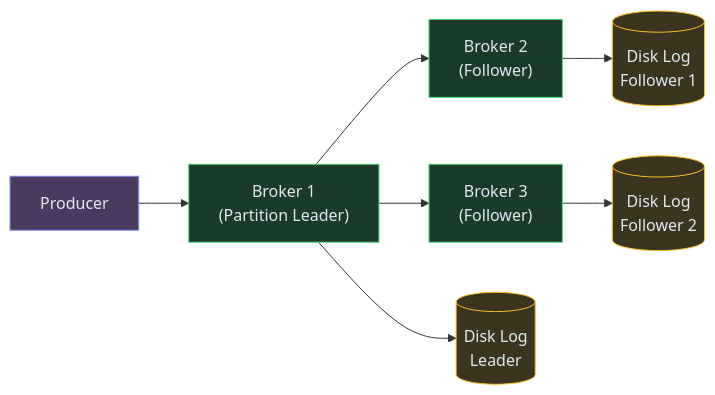
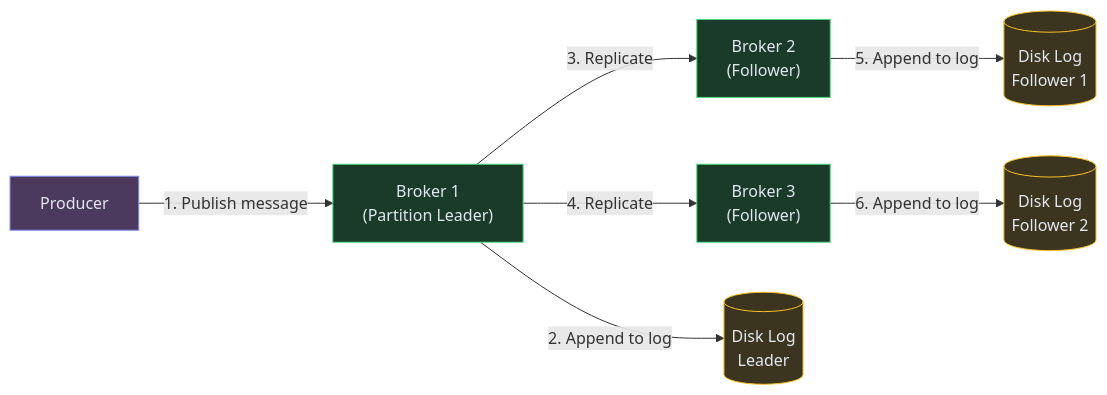
One commit to iluzn/HLD-Designs changed the second of 7 diagrams in content/hld/MessageQueue.md. Above: the diagram before and after it, drawn with Mermaid. The commit also changed other lines of this file and 27 other files, not shown here.

````diff
--- a/content/hld/MessageQueue.md
+++ b/content/hld/MessageQueue.md
@@ -165,21 +165,21 @@
 ```mermaid
 flowchart LR
     PROD["Producer"]:::client
     LEADER["Broker 1<br/>(Partition Leader)"]:::service
     FOLL1["Broker 2<br/>(Follower)"]:::service
     FOLL2["Broker 3<br/>(Follower)"]:::service
     DISK1[("Disk Log<br/>Leader")]:::data
     DISK2[("Disk Log<br/>Follower 1")]:::data
     DISK3[("Disk Log<br/>Follower 2")]:::data
 
-    PROD --> LEADER
-    LEADER --> DISK1
-    LEADER --> FOLL1
-    LEADER --> FOLL2
-    FOLL1 --> DISK2
-    FOLL2 --> DISK3
+    PROD -->|"1. Publish message"| LEADER
+    LEADER -->|"2. Append to log"| DISK1
+    LEADER -->|"3. Replicate"| FOLL1
+    LEADER -->|"4. Replicate"| FOLL2
+    FOLL1 -->|"5. Append to log"| DISK2
+    FOLL2 -->|"6. Append to log"| DISK3
 
     classDef client fill:#4c3a5e,stroke:#818cf8,color:#e2e8f0
     classDef service fill:#1a3a2a,stroke:#4ade80,color:#e2e8f0
     classDef data fill:#3b3520,stroke:#fbbf24,color:#e2e8f0
 ```
````
